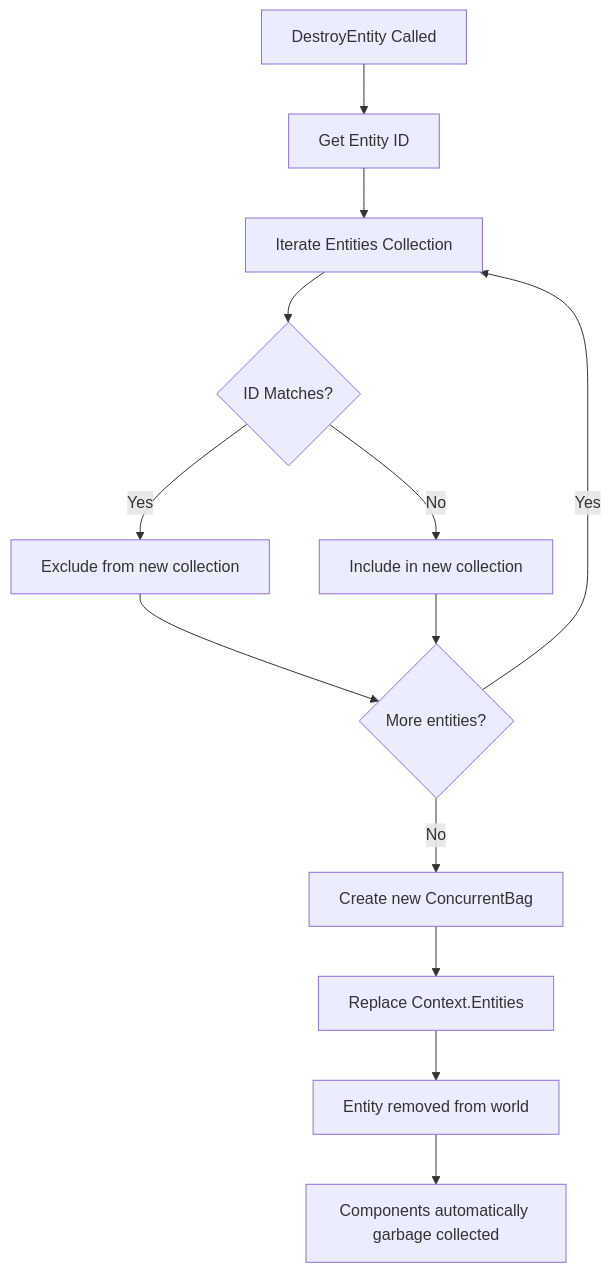
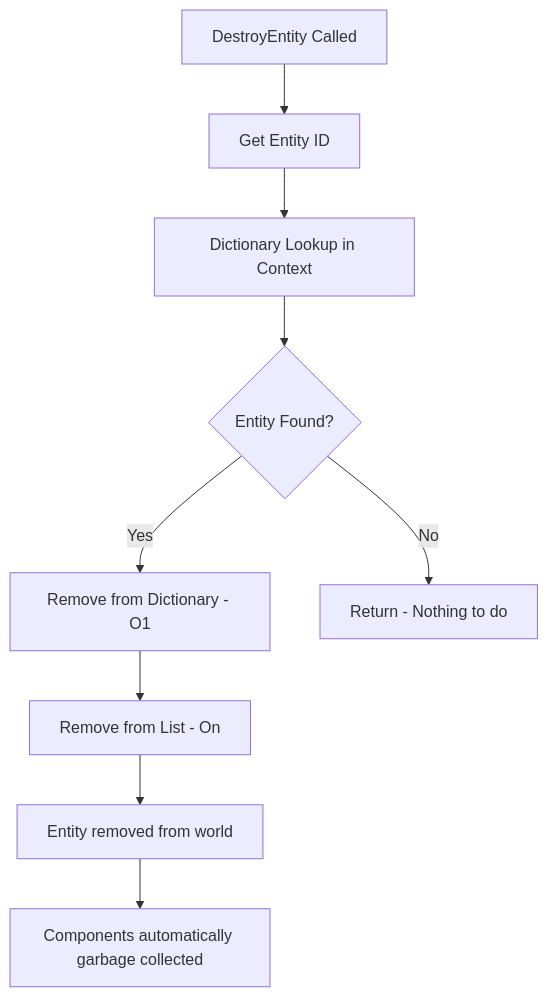
The fourth of 5 diagrams in docs/modules/ecs-gameobject.md (kateusz/GameEngine), drawn with Mermaid before and after one commit. The commit also changed other lines of this file and 3 other files, not shown here.

First line of the commit message:
fix: Replace O(n) entity deletion with O(1) dictionary-based storage

````diff
--- a/docs/modules/ecs-gameobject.md
+++ b/docs/modules/ecs-gameobject.md
@@ -294,15 +294,11 @@
 ```mermaid
 flowchart TD
     A[DestroyEntity Called] --> B[Get Entity ID]
-    B --> C[Iterate Entities Collection]
-    C --> D{ID Matches?}
-    D -->|Yes| E[Exclude from new collection]
-    D -->|No| F[Include in new collection]
-    E --> G{More entities?}
-    F --> G
-    G -->|Yes| C
-    G -->|No| H[Create new ConcurrentBag]
-    H --> I[Replace Context.Entities]
-    I --> J[Entity removed from world]
-    J --> K[Components automatically garbage collected]
+    B --> C[Dictionary Lookup in Context]
+    C --> D{Entity Found?}
+    D -->|Yes| E[Remove from Dictionary - O1]
+    D -->|No| F[Return - Nothing to do]
+    E --> G[Remove from List - On]
+    G --> H[Entity removed from world]
+    H --> I[Components automatically garbage collected]
 ```
````
